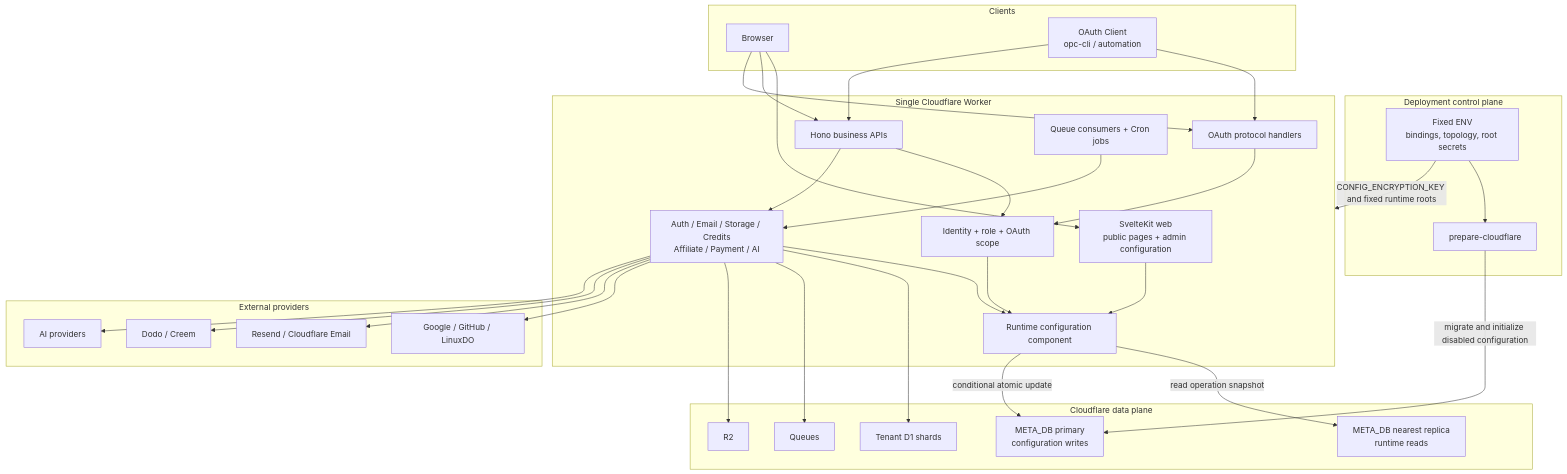
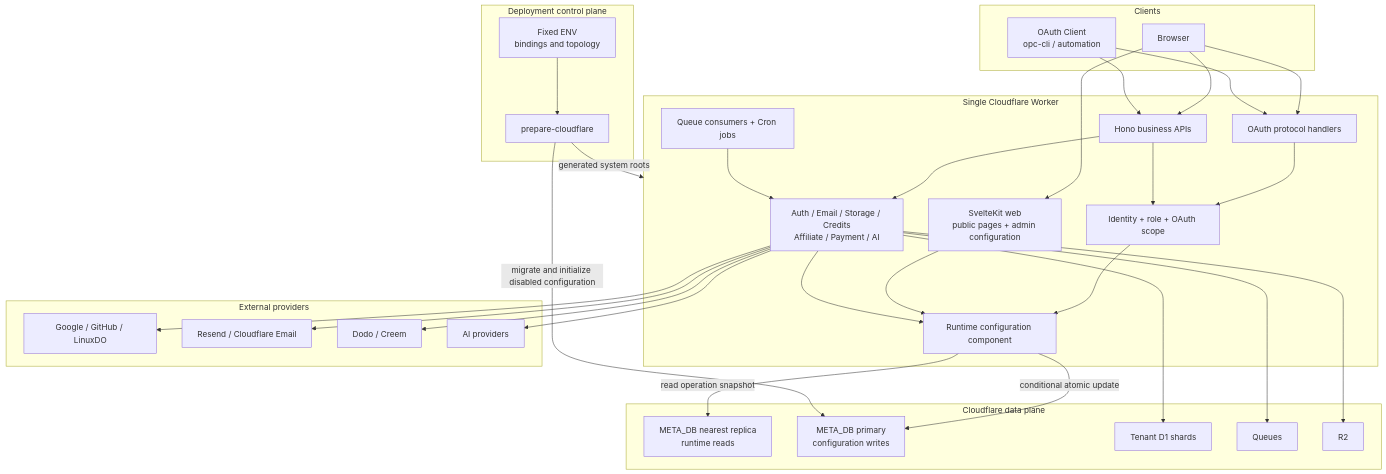
The first of 11 diagrams in docs/v025/tech-design.md (glidea/opcstack), drawn with Mermaid before and after one commit. The commit also changed other lines of this file and 40 other files, not shown here.

Commit message:
feat(config): initialize system secrets automatically

````diff
--- a/docs/v025/tech-design.md
+++ b/docs/v025/tech-design.md
@@ -900,65 +902,65 @@
 ```mermaid
 flowchart TB
   subgraph Clients["Clients"]
     Browser["Browser"]
     OAuthClient["OAuth Client<br/>opc-cli / automation"]
   end
 
   subgraph ControlPlane["Deployment control plane"]
     Prepare["prepare-cloudflare"]
-    FixedEnv["Fixed ENV<br/>bindings, topology, root secrets"]
+    FixedEnv["Fixed ENV<br/>bindings and topology"]
   end
 
   subgraph Worker["Single Cloudflare Worker"]
     Web["SvelteKit web<br/>public pages + admin configuration"]
     OAuthProtocol["OAuth protocol handlers"]
     BusinessApi["Hono business APIs"]
     Authz["Identity + role + OAuth scope"]
     Config["Runtime configuration component"]
     Runtime["Auth / Email / Storage / Credits<br/>Affiliate / Payment / AI"]
     Jobs["Queue consumers + Cron jobs"]
   end
 
   subgraph Data["Cloudflare data plane"]
     MetaReplica["META_DB nearest replica<br/>runtime reads"]
     MetaPrimary["META_DB primary<br/>configuration writes"]
     Tenant["Tenant D1 shards"]
     Queue["Queues"]
     R2["R2"]
   end
 
   subgraph External["External providers"]
     ExternalAuth["Google / GitHub / LinuxDO"]
     ExternalEmail["Resend / Cloudflare Email"]
     ExternalPayment["Dodo / Creem"]
     ExternalAI["AI providers"]
   end
 
   Browser --> Web
   Browser --> BusinessApi
   Browser --> OAuthProtocol
   OAuthClient --> OAuthProtocol
   OAuthClient --> BusinessApi
 
   OAuthProtocol --> Authz
   BusinessApi --> Authz
   Authz --> Config
   Web --> Config
   BusinessApi --> Runtime
   Jobs --> Runtime
   Runtime --> Config
 
   Config -->|read operation snapshot| MetaReplica
   Config -->|conditional atomic update| MetaPrimary
   Runtime --> Tenant
   Runtime --> Queue
   Runtime --> R2
   Runtime --> ExternalAuth
   Runtime --> ExternalEmail
   Runtime --> ExternalPayment
   Runtime --> ExternalAI
 
   FixedEnv --> Prepare
-  FixedEnv -->|CONFIG_ENCRYPTION_KEY and fixed runtime roots| Worker
+  Prepare -->|generated system roots| Worker
   Prepare -->|migrate and initialize disabled configuration| MetaPrimary
 ```
````
